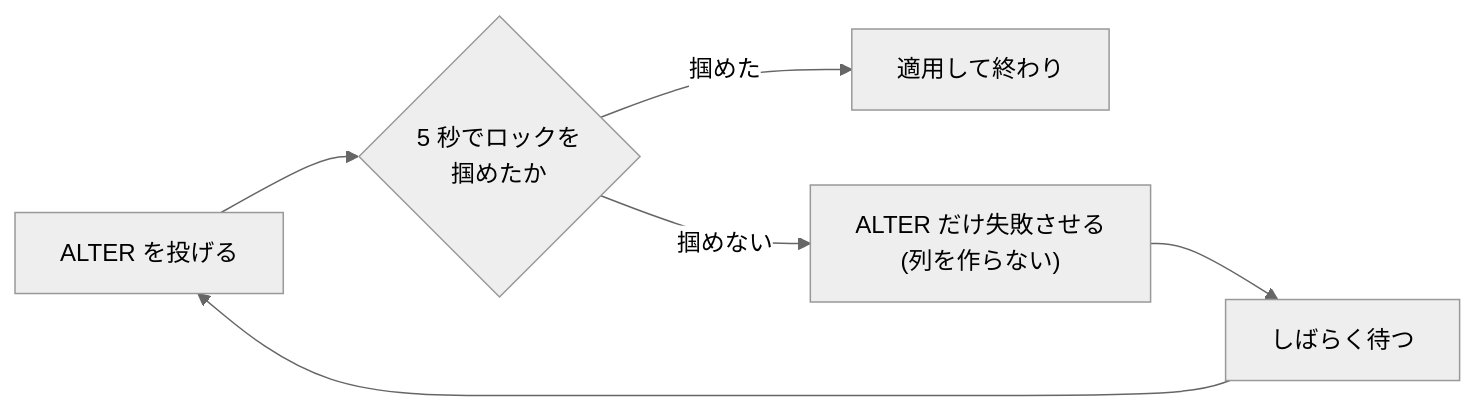
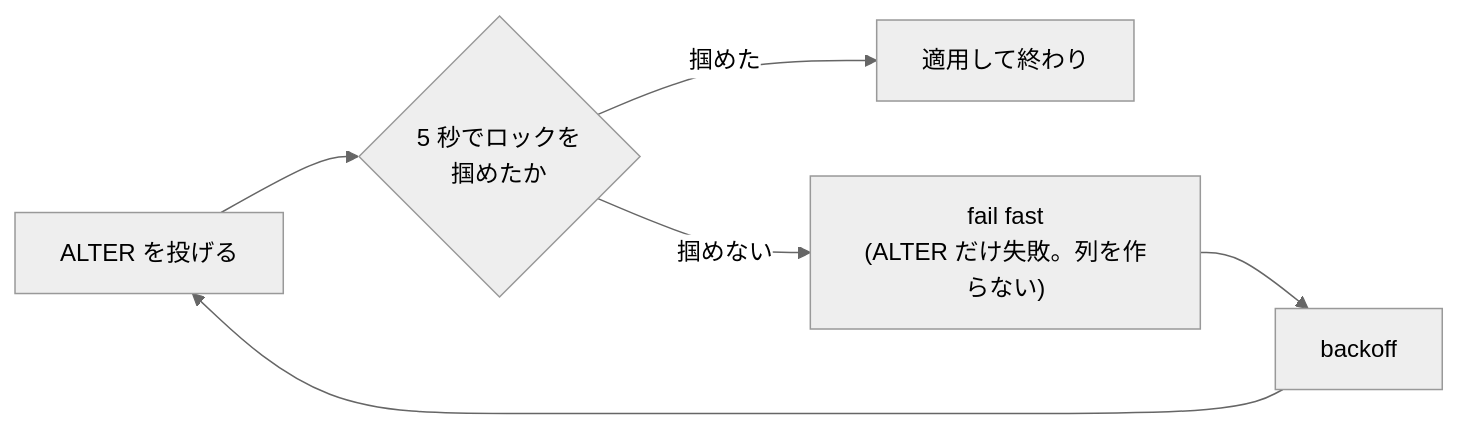
The ninth of 16 diagrams in src/content/blog/online-migration-and-deploy-isolation.mdx (rikukaInoue/rikukadev), drawn with Mermaid (neutral theme) before and after one commit. The commit also changed other lines of this file, not shown here.

First line of the commit message:
ロック待ちの節は fail fast / backoff をそのまま使う

````diff
--- a/src/content/blog/online-migration-and-deploy-isolation.mdx
+++ b/src/content/blog/online-migration-and-deploy-isolation.mdx
@@ -375,7 +375,7 @@
 ```mermaid
 graph LR
     A["ALTER を投げる"] --> B{"5 秒でロックを<br/>掴めたか"}
     B -->|"掴めた"| C["適用して終わり"]
-    B -->|"掴めない"| D["ALTER だけ失敗させる<br/>(列を作らない)"]
-    D --> E["しばらく待つ"] --> A
+    B -->|"掴めない"| D["fail fast<br/>(ALTER だけ失敗。列を作らない)"]
+    D --> E["backoff"] --> A
 ```
````
